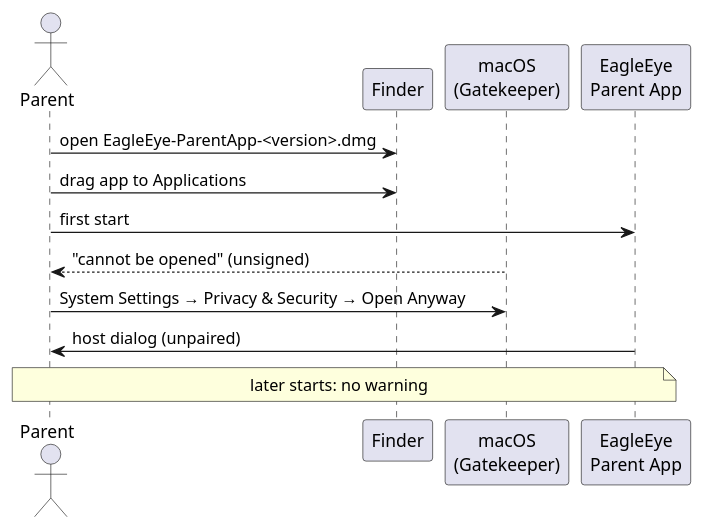
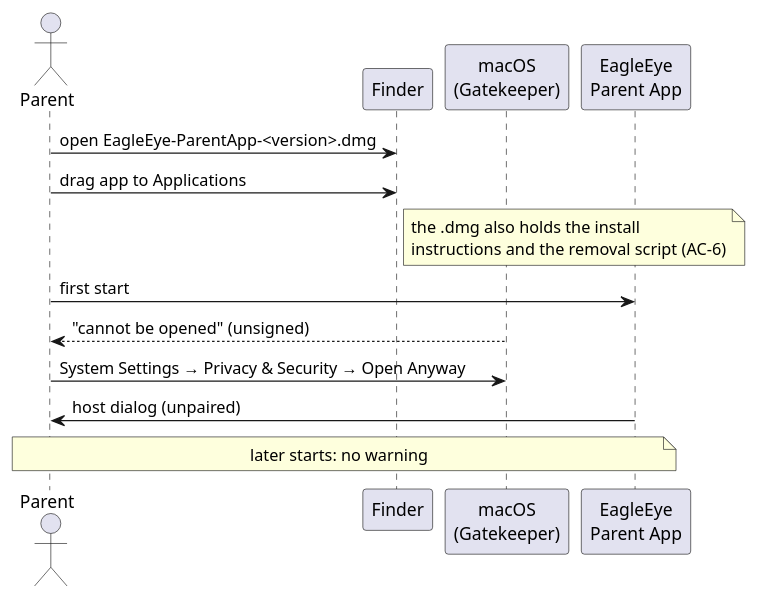
Before and after one commit to adlemich/EagleEye: the second of 2 diagrams in 02_Implementation/docs/requirements/user-stories/US-007/user-story.md, drawn with PlantUML. The commit also changed other lines of this file, not shown here.

Commit message:
US-007: Record Michael's approval and OQ answers; removal script in the .dmg (AC-2, AC-6)

````diff
--- a/02_Implementation/docs/requirements/user-stories/US-007/user-story.md
+++ b/02_Implementation/docs/requirements/user-stories/US-007/user-story.md
@@ -195,18 +204,22 @@
 ```plantuml
 @startuml
 actor Parent
 participant "Finder" as F
 participant "macOS\n(Gatekeeper)" as G
 participant "EagleEye\nParent App" as App
 
 Parent -> F : open EagleEye-ParentApp-<version>.dmg
 Parent -> F : drag app to Applications
+note right of F
+the .dmg also holds the install
+instructions and the removal script (AC-6)
+end note
 Parent -> App : first start
 G --> Parent : "cannot be opened" (unsigned)
 Parent -> G : System Settings → Privacy & Security → Open Anyway
 App -> Parent : host dialog (unpaired)
 note over Parent, App
 later starts: no warning
 end note
 @enduml
 ```
````
